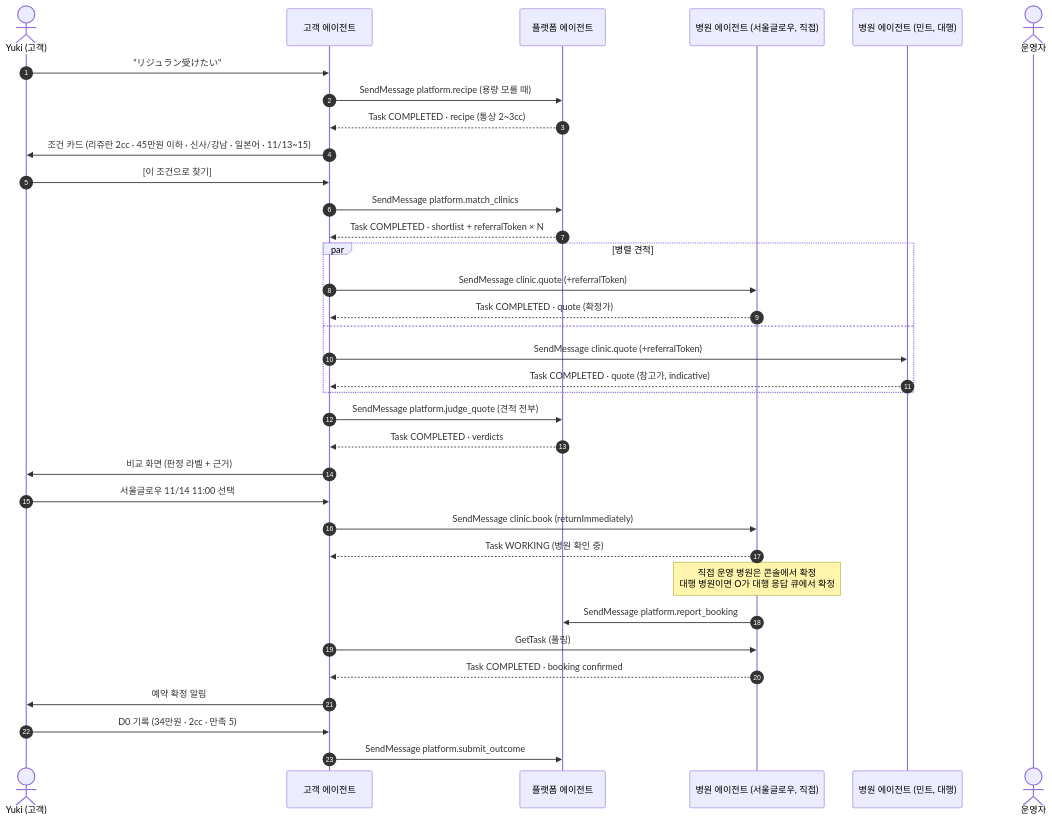
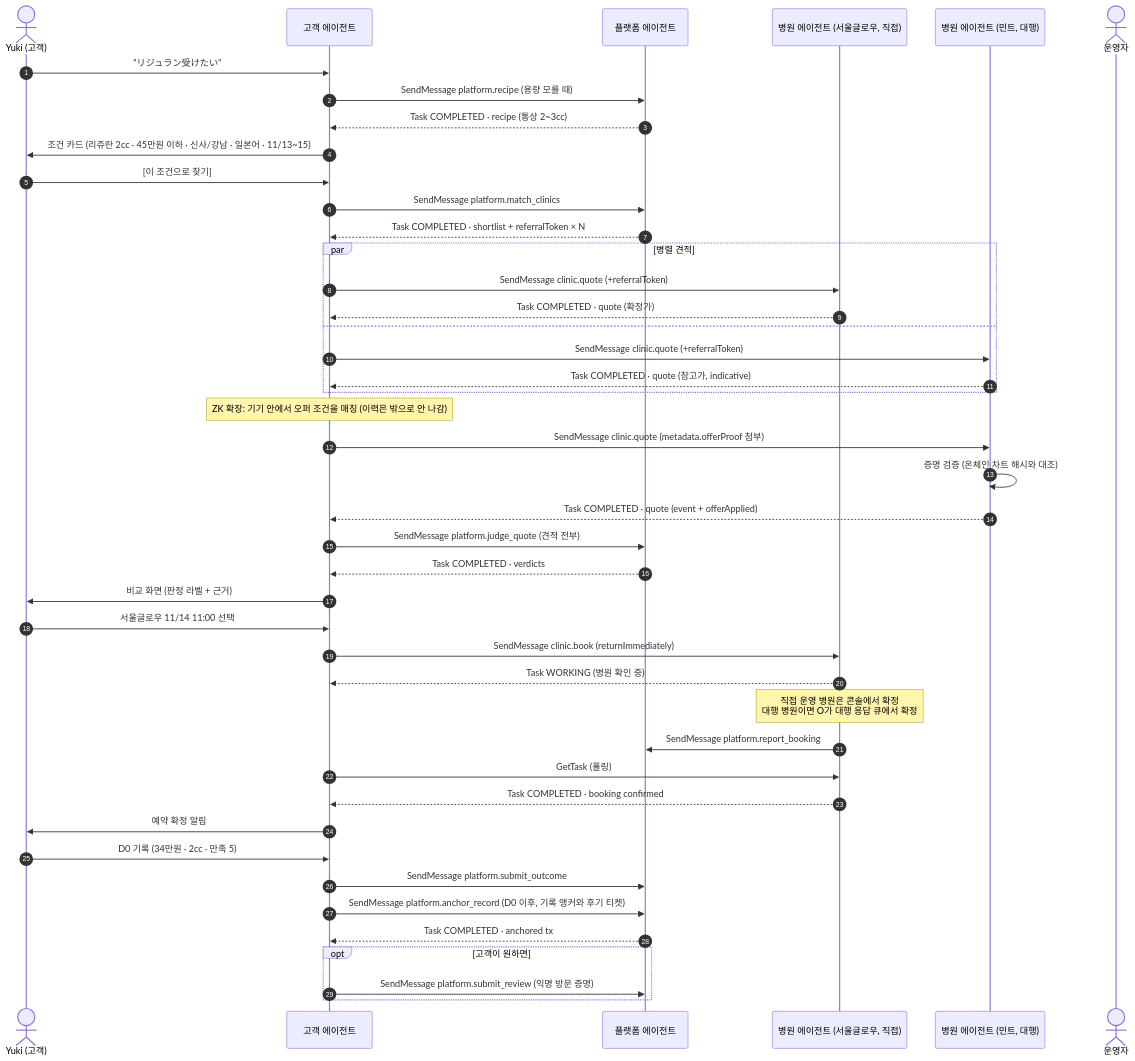
One commit to goranyseoul/jongro3ga changed the diagram in docs/spec/03-a2a-protocol.md. Above: the diagram before and after it, drawn with Mermaid. The commit also changed other lines of this file and 1 other file, not shown here.

````diff
--- a/docs/spec/03-a2a-protocol.md
+++ b/docs/spec/03-a2a-protocol.md
@@ -436,38 +558,47 @@
 ```mermaid
 sequenceDiagram
   autonumber
   actor U as Yuki (고객)
   participant C as 고객 에이전트
   participant P as 플랫폼 에이전트
   participant K1 as 병원 에이전트 (서울글로우, 직접)
   participant K2 as 병원 에이전트 (민트, 대행)
   actor O as 운영자
 
   U->>C: "リジュラン受けたい"
   C->>P: SendMessage platform.recipe (용량 모를 때)
   P-->>C: Task COMPLETED · recipe (통상 2~3cc)
   C->>U: 조건 카드 (리쥬란 2cc · 45만원 이하 · 신사/강남 · 일본어 · 11/13~15)
   U->>C: [이 조건으로 찾기]
   C->>P: SendMessage platform.match_clinics
   P-->>C: Task COMPLETED · shortlist + referralToken × N
   par 병렬 견적
     C->>K1: SendMessage clinic.quote (+referralToken)
     K1-->>C: Task COMPLETED · quote (확정가)
   and
     C->>K2: SendMessage clinic.quote (+referralToken)
     K2-->>C: Task COMPLETED · quote (참고가, indicative)
   end
+  Note over C: ZK 확장: 기기 안에서 오퍼 조건을 매칭 (이력은 밖으로 안 나감)
+  C->>K2: SendMessage clinic.quote (metadata.offerProof 첨부)
+  K2->>K2: 증명 검증 (온체인 차트 해시와 대조)
+  K2-->>C: Task COMPLETED · quote (event + offerApplied)
   C->>P: SendMessage platform.judge_quote (견적 전부)
   P-->>C: Task COMPLETED · verdicts
   C->>U: 비교 화면 (판정 라벨 + 근거)
   U->>C: 서울글로우 11/14 11:00 선택
   C->>K1: SendMessage clinic.book (returnImmediately)
   K1-->>C: Task WORKING (병원 확인 중)
   Note over K1: 직접 운영 병원은 콘솔에서 확정<br/>대행 병원이면 O가 대행 응답 큐에서 확정
   K1->>P: SendMessage platform.report_booking
   C->>K1: GetTask (폴링)
   K1-->>C: Task COMPLETED · booking confirmed
   C->>U: 예약 확정 알림
   U->>C: D0 기록 (34만원 · 2cc · 만족 5)
   C->>P: SendMessage platform.submit_outcome
+  C->>P: SendMessage platform.anchor_record (D0 이후, 기록 앵커와 후기 티켓)
+  P-->>C: Task COMPLETED · anchored tx
+  opt 고객이 원하면
+    C->>P: SendMessage platform.submit_review (익명 방문 증명)
+  end
 ```
````
